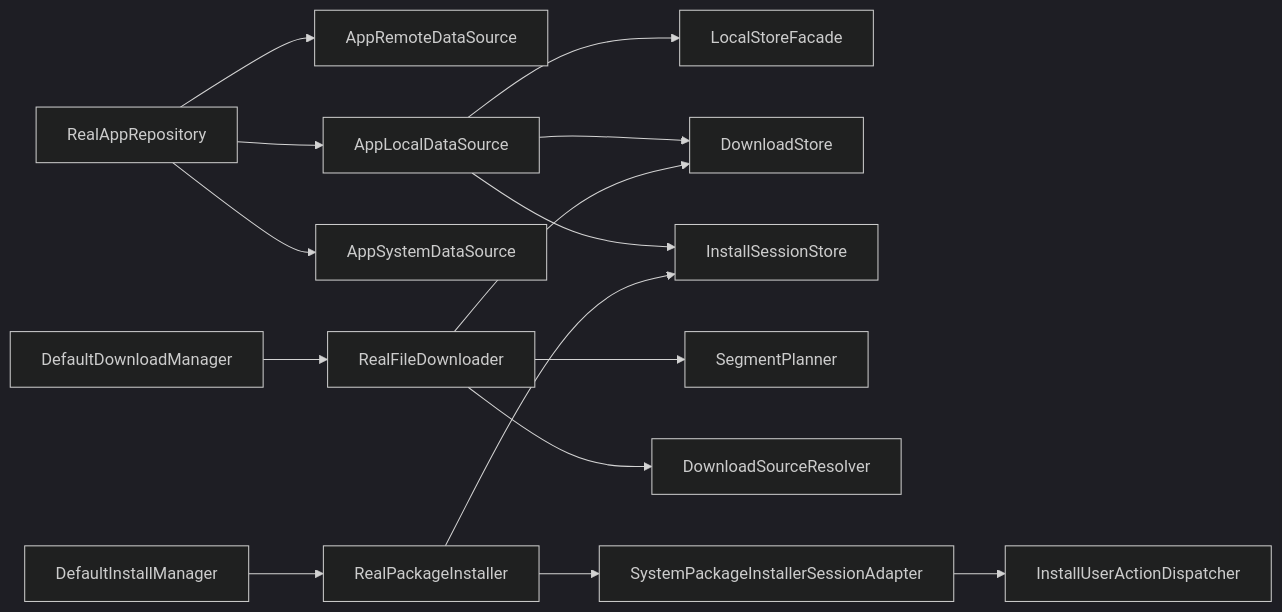
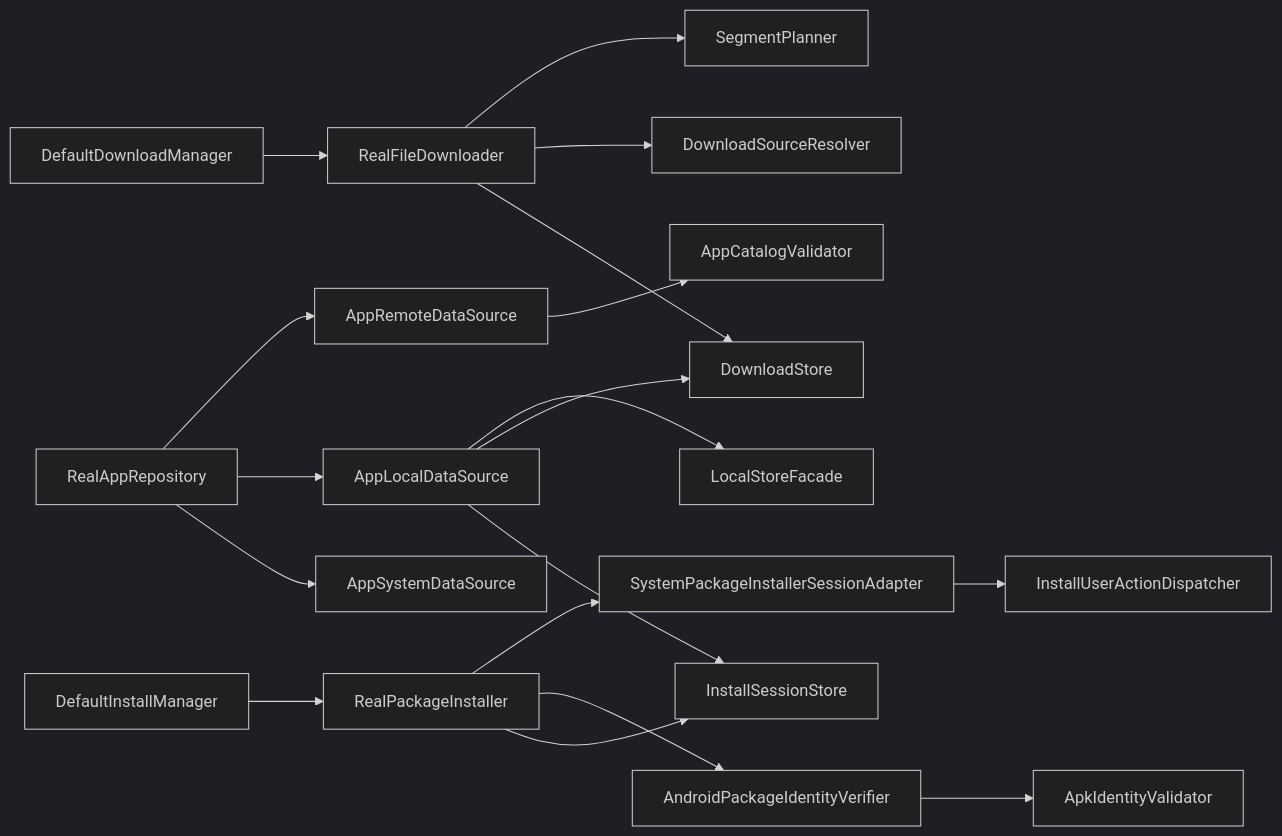
The third of 4 diagrams in docs/04-类图与关系图.md (XZQ/CarAppStore), drawn with Mermaid (dark theme) before and after one commit. The commit also changed other lines of this file and 18 other files, not shown here.

````diff
--- a/docs/04-类图与关系图.md
+++ b/docs/04-类图与关系图.md
@@ -122,20 +127,23 @@
 ```mermaid
 flowchart LR
     REPO[RealAppRepository] --> REMOTE[AppRemoteDataSource]
     REPO --> LOCAL[AppLocalDataSource]
     REPO --> SYSTEM[AppSystemDataSource]
 
     LOCAL --> STORE[LocalStoreFacade]
     LOCAL --> DSTORE[DownloadStore]
     LOCAL --> ISTORE[InstallSessionStore]
 
     DM[DefaultDownloadManager] --> FD[RealFileDownloader]
     FD --> SEG[SegmentPlanner]
     FD --> SRC[DownloadSourceResolver]
     FD --> DSTORE
 
     IM[DefaultInstallManager] --> PI[RealPackageInstaller]
     PI --> ADAPTER[SystemPackageInstallerSessionAdapter]
+    PI --> APKV[AndroidPackageIdentityVerifier]
+    APKV --> VALIDATOR[ApkIdentityValidator]
     PI --> ISTORE
     ADAPTER --> DISPATCHER[InstallUserActionDispatcher]
+    REMOTE --> CATALOG_VALIDATOR[AppCatalogValidator]
 ```
````
